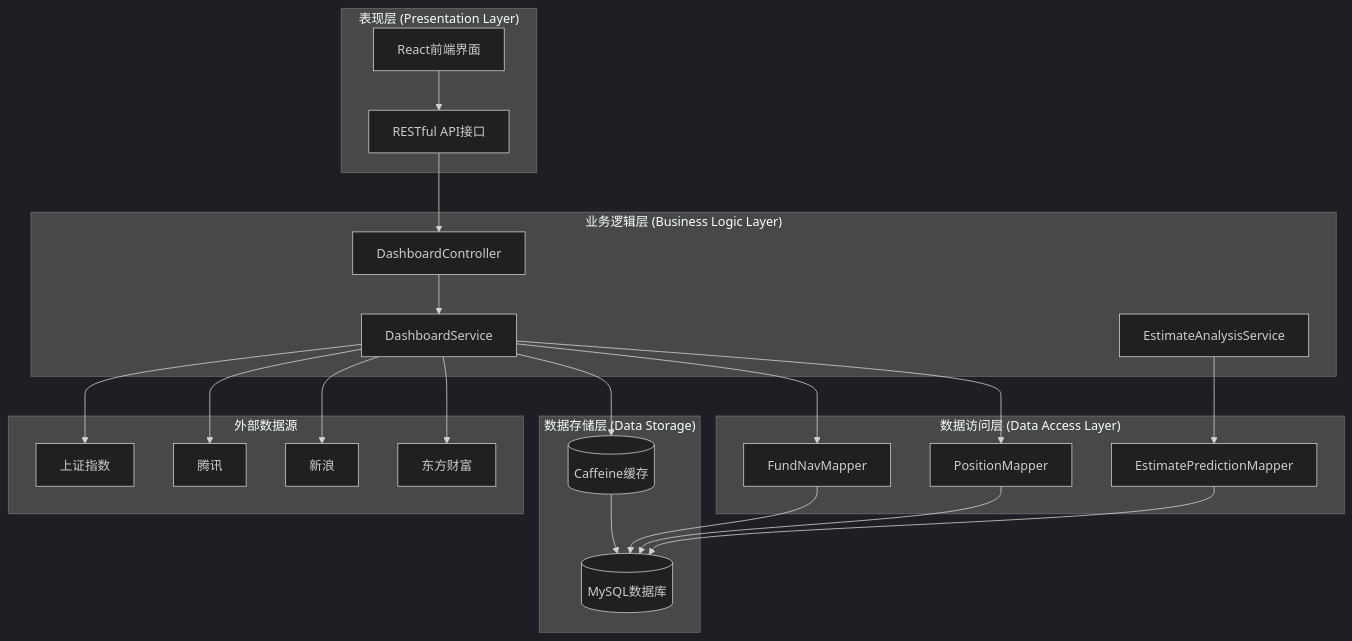
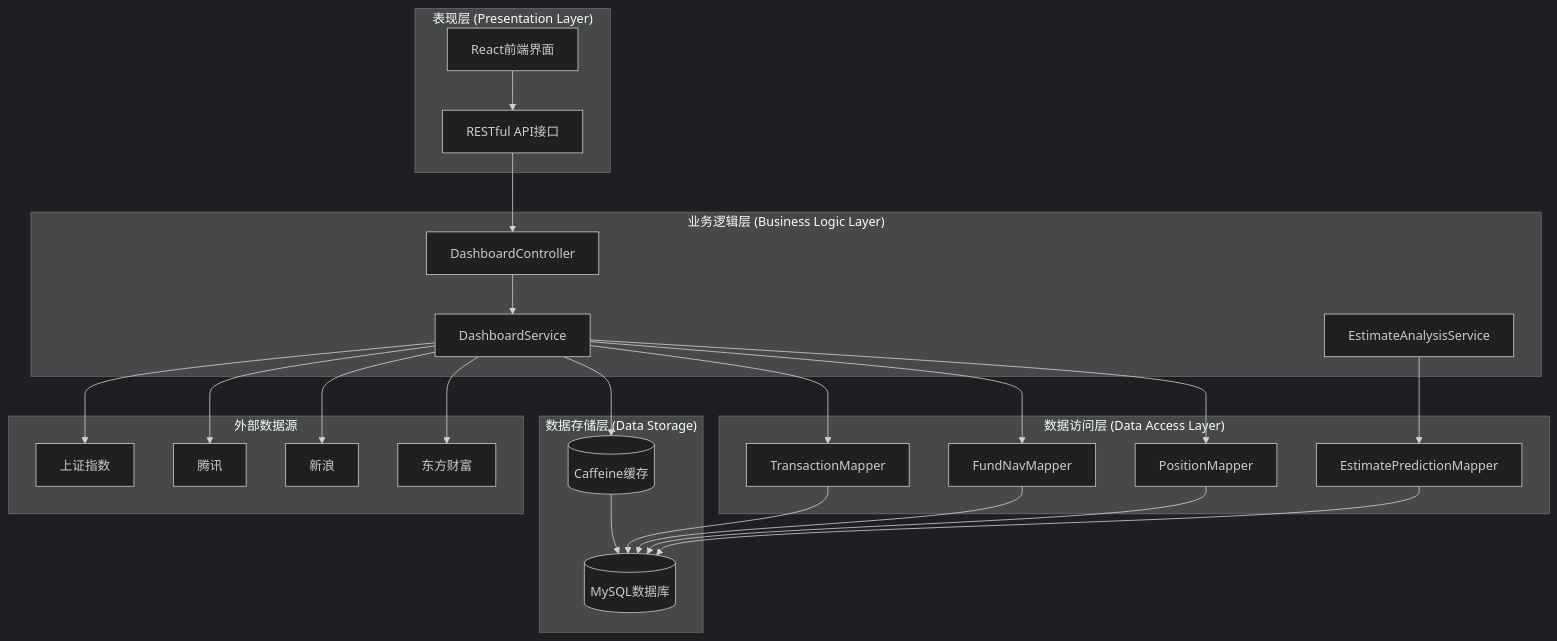
One commit to gree-coder/fund-butler changed the second of 11 diagrams in .qoder/repowiki/zh/content/核心功能开发/收益分析系统.md. Above: the diagram before and after it, drawn with Mermaid (dark theme). The commit also changed other lines of this file and 7 other files, not shown here.

````diff
--- a/.qoder/repowiki/zh/content/核心功能开发/收益分析系统.md
+++ b/.qoder/repowiki/zh/content/核心功能开发/收益分析系统.md
@@ -123,42 +139,45 @@
 ```mermaid
 graph TB
 subgraph "表现层 (Presentation Layer)"
 UI[React前端界面]
 API[RESTful API接口]
 end
 subgraph "业务逻辑层 (Business Logic Layer)"
 DC[DashboardController]
 DS[DashboardService]
 EAS[EstimateAnalysisService]
 end
 subgraph "数据访问层 (Data Access Layer)"
 PM[PositionMapper]
 FNM[FundNavMapper]
+TM[TransactionMapper]
 EPM[EstimatePredictionMapper]
 end
 subgraph "数据存储层 (Data Storage)"
 DB[(MySQL数据库)]
 CACHE[(Caffeine缓存)]
 end
 subgraph "外部数据源"
 EM[东方财富]
 SX[新浪]
 TX[腾讯]
 SJ[上证指数]
 end
 UI --> API
 API --> DC
 DC --> DS
 DS --> PM
 DS --> FNM
+DS --> TM
 EAS --> EPM
 DS --> CACHE
 PM --> DB
 FNM --> DB
+TM --> DB
 EPM --> DB
 CACHE --> DB
 DS --> EM
 DS --> SX
 DS --> TX
 DS --> SJ
 ```
````
